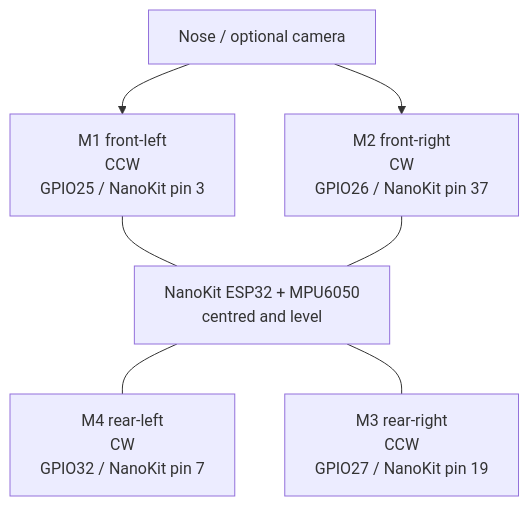
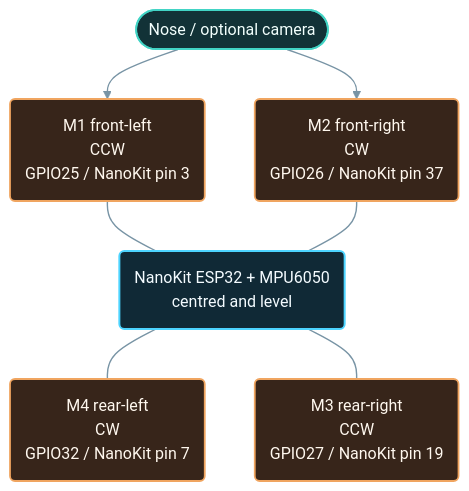
Before and after one commit to ProAmineOfficial/NanoKit-ESP32: the diagram in open_source_projects/nanokit_drone_4x_quadcopter/images/motor-layout.md, drawn with Mermaid. The commit also changed 15 other files, not shown here.

Commit message:
docs: apply semantic Mermaid styling

````diff
--- a/open_source_projects/nanokit_drone_4x_quadcopter/images/motor-layout.md
+++ b/open_source_projects/nanokit_drone_4x_quadcopter/images/motor-layout.md
@@ -7,15 +7,23 @@
 ```mermaid
 flowchart TB
-  NOSE["Nose / optional camera"]
-  M1["M1 front-left\nCCW\nGPIO25 / NanoKit pin 3"]
-  M2["M2 front-right\nCW\nGPIO26 / NanoKit pin 37"]
-  FC["NanoKit ESP32 + MPU6050\ncentred and level"]
-  M4["M4 rear-left\nCW\nGPIO32 / NanoKit pin 7"]
-  M3["M3 rear-right\nCCW\nGPIO27 / NanoKit pin 19"]
+  NOSE(["Nose / optional camera"])
+  M1("M1 front-left\nCCW\nGPIO25 / NanoKit pin 3")
+  M2("M2 front-right\nCW\nGPIO26 / NanoKit pin 37")
+  FC("NanoKit ESP32 + MPU6050\ncentred and level")
+  M4("M4 rear-left\nCW\nGPIO32 / NanoKit pin 7")
+  M3("M3 rear-right\nCCW\nGPIO27 / NanoKit pin 19")
   NOSE --> M1
   NOSE --> M2
   M1 --- FC
   M2 --- FC
   FC --- M4
   FC --- M3
+
+  classDef controller fill:#102936,stroke:#4dd4ff,stroke-width:2px,color:#f4fbff
+  classDef actuator fill:#37251a,stroke:#f0a560,stroke-width:1.8px,color:#fff8ef
+  classDef communication fill:#123237,stroke:#42d4c5,stroke-width:1.8px,color:#f2fffd
+  class FC controller
+  class M1,M2,M3,M4 actuator
+  class NOSE communication
+  linkStyle default stroke:#7894a5,stroke-width:1.4px
 ```
````
